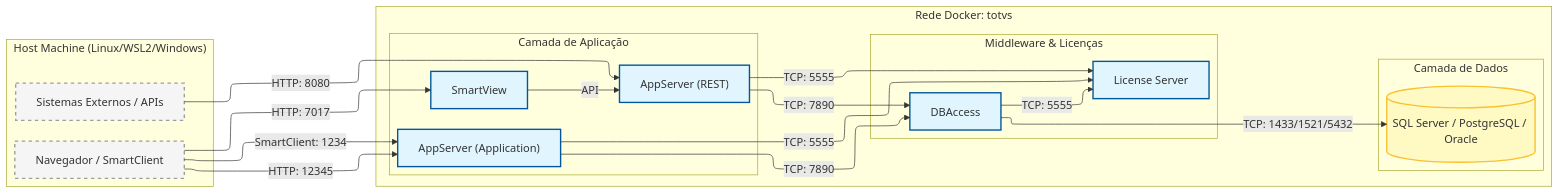
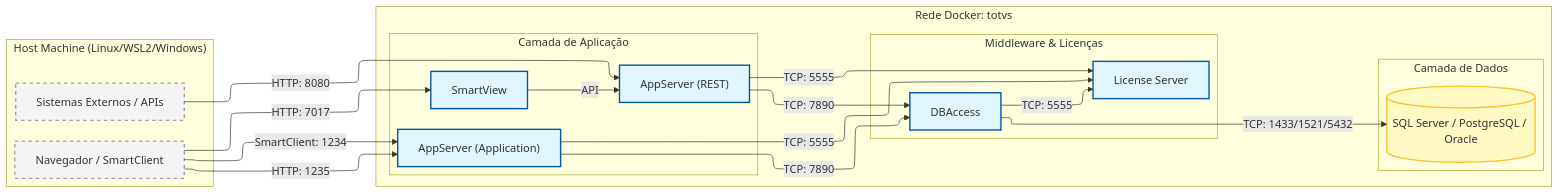
Before and after one commit to juliansantosinfo/TOTVS-Protheus-in-Docker: the diagram in README.md, drawn with Mermaid. The commit also changed other lines of this file and 11 other files, not shown here.

````diff
--- a/README.md
+++ b/README.md
@@ -56,51 +56,51 @@
 ```mermaid
 ---
 config:
   layout: elk
 ---
 flowchart LR
  subgraph Host["Host Machine (Linux/WSL2/Windows)"]
         Browser["Navegador / SmartClient"]
         ExternalAPI["Sistemas Externos / APIs"]
   end
  subgraph Databases["Camada de Dados"]
         DB[("SQL Server / PostgreSQL / Oracle")]
   end
  subgraph Middleware["Middleware & Licenças"]
         DBA["DBAccess"]
         LIC["License Server"]
   end
  subgraph Application["Camada de Aplicação"]
         APP["AppServer (Application)"]
         REST["AppServer (REST)"]
         SmartView["SmartView"]
   end
  subgraph DockerNetwork["Rede Docker: totvs"]
         Databases
         Middleware
         Application
   end
-    Browser -- HTTP: 12345 --> APP
+    Browser -- HTTP: 1235 --> APP
     Browser -- SmartClient: 1234 --> APP
     Browser -- HTTP: 7017 --> SmartView
     ExternalAPI -- HTTP: 8080 --> REST
     APP -- TCP: 7890 --> DBA
     REST -- TCP: 7890 --> DBA
     SmartView -- API --> REST
     APP -- TCP: 5555 --> LIC
     REST -- TCP: 5555 --> LIC
     DBA -- TCP: 5555 --> LIC
     DBA -- TCP: 1433/1521/5432 --> DB
 
      Browser:::host
      ExternalAPI:::host
      DB:::db
      DBA:::container
      LIC:::container
      APP:::container
      REST:::container
      SmartView:::container
     classDef container fill:#e1f5fe,stroke:#01579b,stroke-width:2px
     classDef db fill:#fff9c4,stroke:#fbc02d,stroke-width:2px
     classDef host fill:#f5f5f5,stroke:#9e9e9e,stroke-width:2px,stroke-dasharray: 5 5
 ```
````
